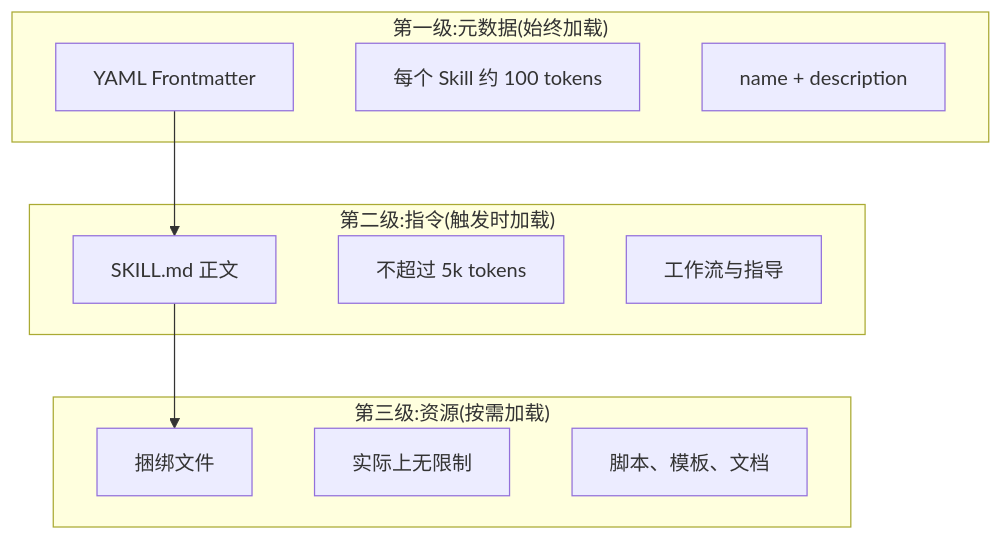
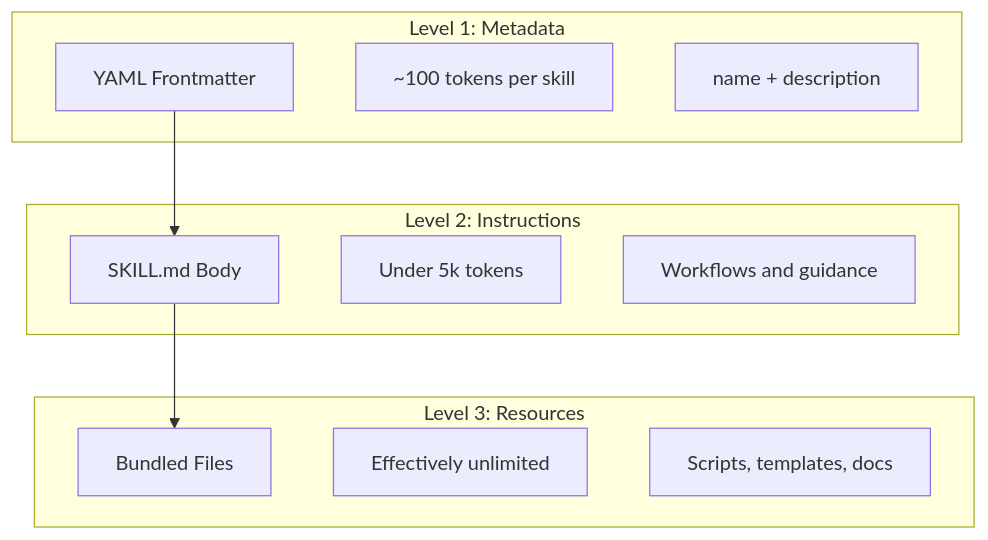
The first of 2 diagrams in claude-howto-zh/03-skills/README.md (Rx782-Fss/claude-howto-zh), drawn with Mermaid before and after one commit. The commit also changed other lines of this file and 11 other files, not shown here.

Commit message:
feat: v2.3.0 全量重译(11个文件) + Mermaid兼容性修复

````diff
--- a/claude-howto-zh/03-skills/README.md
+++ b/claude-howto-zh/03-skills/README.md
@@ -32,23 +32,23 @@
 ```mermaid
 graph TB
-    subgraph "第一级:元数据(始终加载)"
+    subgraph "Level 1: Metadata"
         A["YAML Frontmatter"]
-        A1["每个 Skill 约 100 tokens"]
+        A1["~100 tokens per skill"]
         A2["name + description"]
     end
 
-    subgraph "第二级:指令(触发时加载)"
-        B["SKILL.md 正文"]
-        B1["不超过 5k tokens"]
-        B2["工作流与指导"]
+    subgraph "Level 2: Instructions"
+        B["SKILL.md Body"]
+        B1["Under 5k tokens"]
+        B2["Workflows and guidance"]
     end
 
-    subgraph "第三级:资源(按需加载)"
-        C["捆绑文件"]
-        C1["实际上无限制"]
-        C2["脚本、模板、文档"]
+    subgraph "Level 3: Resources"
+        C["Bundled Files"]
+        C1["Effectively unlimited"]
+        C2["Scripts, templates, docs"]
     end
 
     A --> B
     B --> C
 ```
````
